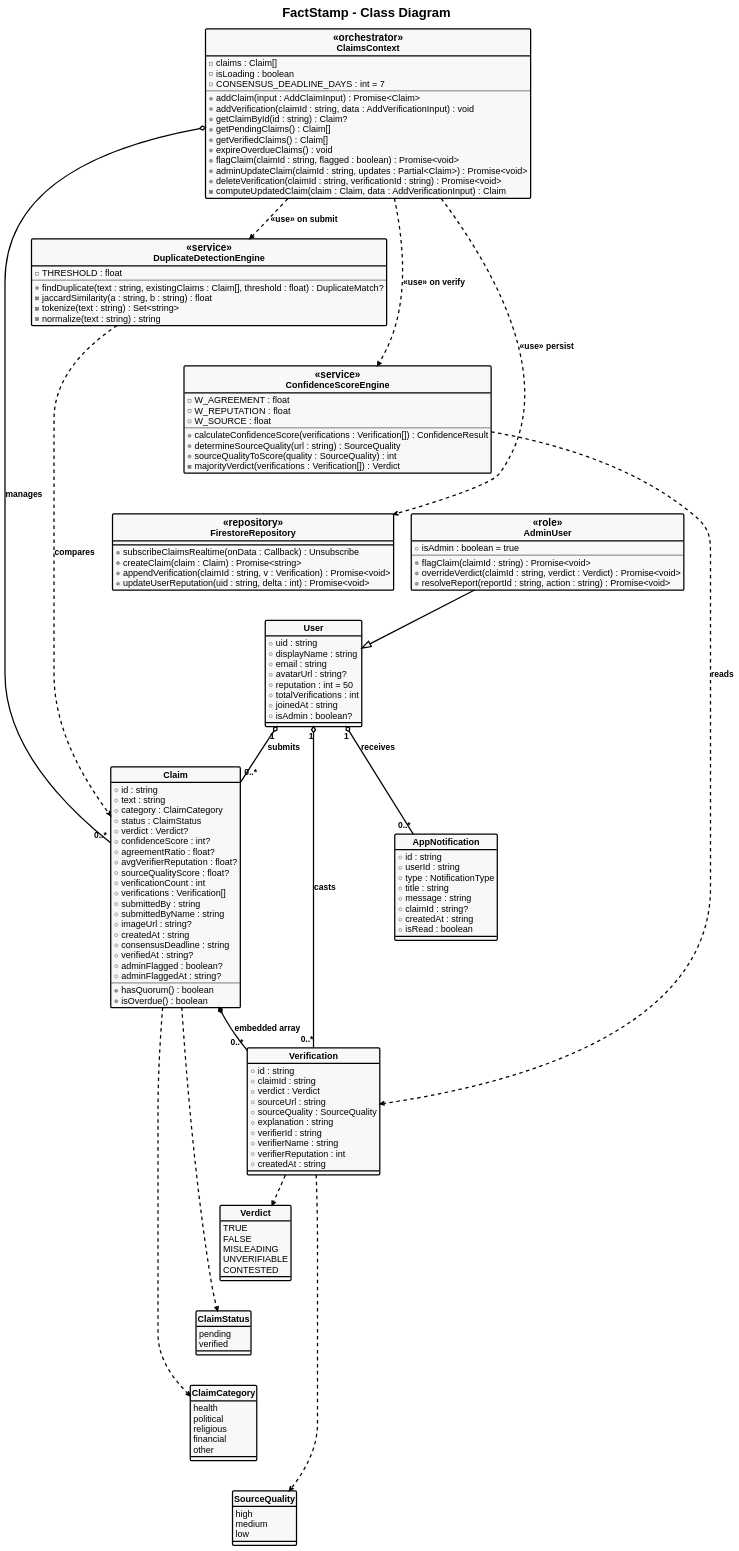
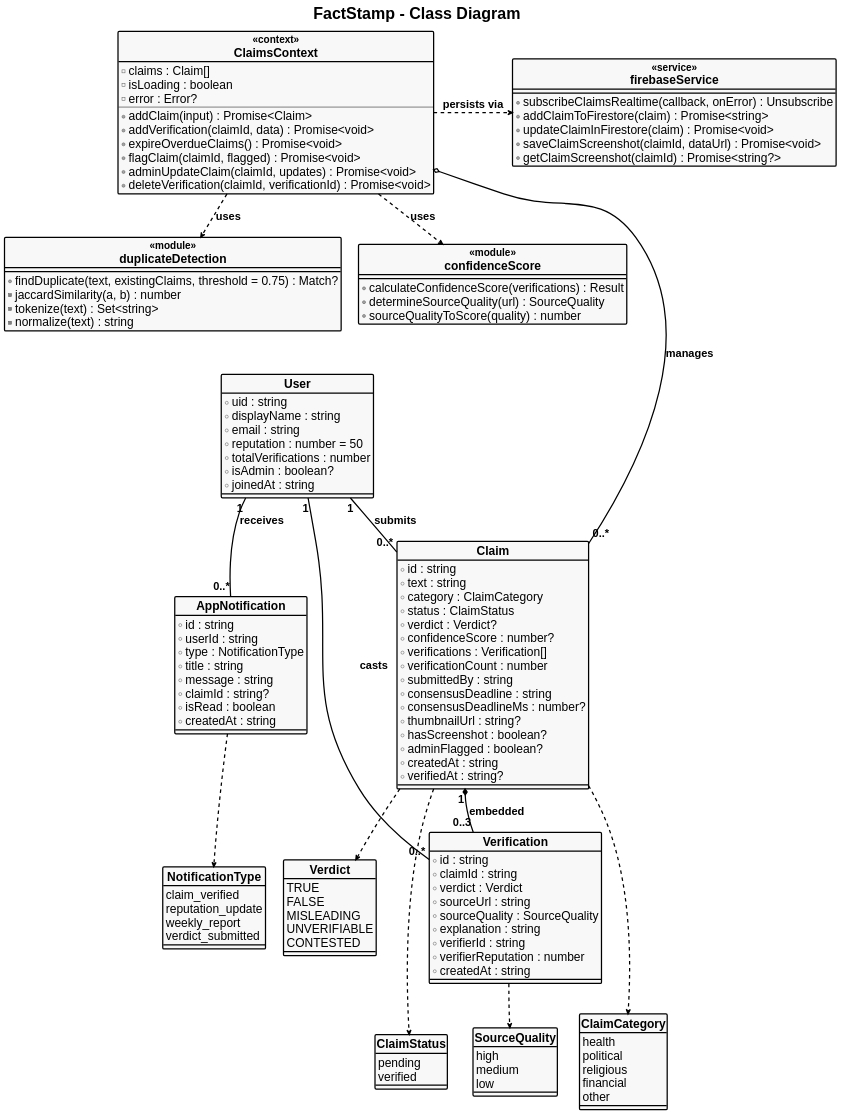
Before and after one commit to aadish0day/typst: the diagram in FactStamp/black_book_draft/03_Requirements_and_Analysis/attachments/class_diagram.puml, drawn with PlantUML. The commit also changed 52 other files, not shown here.

First line of the commit message:
docs(FactStamp): trim black book chapters and rebuild diagrams from code

```diff
--- a/FactStamp/black_book_draft/03_Requirements_and_Analysis/attachments/class_diagram.puml
+++ b/FactStamp/black_book_draft/03_Requirements_and_Analysis/attachments/class_diagram.puml
@@ -1,199 +1,187 @@
 @startuml
 skinparam style strictuml
 skinparam monochrome true
 skinparam defaultFontName "Liberation Sans"
 skinparam defaultFontSize 20
 skinparam defaultFontStyle bold
-skinparam titleFontSize 26
+skinparam titleFontSize 32
 skinparam titleFontStyle bold
 
 skinparam backgroundColor white
 skinparam ArrowColor black
 skinparam ArrowThickness 2.5
-skinparam ArrowFontSize 17
+skinparam ArrowFontSize 22
 skinparam ArrowFontStyle bold
 
 skinparam EntityBorderColor black
 skinparam EntityBorderThickness 2.5
 skinparam EntityBackgroundColor #F8F9FA
 skinparam EntityFontSize 22
 skinparam EntityFontStyle bold
 
 skinparam ClassBorderColor black
 skinparam ClassBorderThickness 2.5
 skinparam ClassBackgroundColor #F8F9FA
-skinparam ClassFontSize 22
+skinparam ClassFontSize 26
 skinparam ClassFontStyle bold
-skinparam ClassAttributeFontSize 18
+skinparam ClassAttributeFontSize 24
 
 title FactStamp - Class Diagram
 
-class ClaimsContext <<orchestrator>> {
+' Members are taken from src/lib/types.ts, src/contexts/ClaimsContext.tsx,
+' src/lib/duplicateDetection.ts, src/lib/confidenceScore.ts and
+' src/services/firebaseService.ts. The TypeScript modules are plain function
+' files, drawn as classes with a <<module>> / <<service>> stereotype.
+
+class ClaimsContext <<context>> {
   - claims : Claim[]
   - isLoading : boolean
-  - CONSENSUS_DEADLINE_DAYS : int = 7
+  - error : Error?
   --
-  + addClaim(input : AddClaimInput) : Promise<Claim>
-  + addVerification(claimId : string, data : AddVerificationInput) : void
-  + getClaimById(id : string) : Claim?
-  + getPendingClaims() : Claim[]
-  + getVerifiedClaims() : Claim[]
-  + expireOverdueClaims() : void
-  + flagClaim(claimId : string, flagged : boolean) : Promise<void>
-  + adminUpdateClaim(claimId : string, updates : Partial<Claim>) : Promise<void>
-  + deleteVerification(claimId : string, verificationId : string) : Promise<void>
-  - computeUpdatedClaim(claim : Claim, data : AddVerificationInput) : Claim
+  + addClaim(input) : Promise<Claim>
+  + addVerification(claimId, data) : Promise<void>
+  + expireOverdueClaims() : Promise<void>
+  + flagClaim(claimId, flagged) : Promise<void>
+  + adminUpdateClaim(claimId, updates) : Promise<void>
+  + deleteVerification(claimId, verificationId) : Promise<void>
 }
 
-class DuplicateDetectionEngine <<service>> {
-  - THRESHOLD : float
-  --
-  + findDuplicate(text : string, existingClaims : Claim[], threshold : float) : DuplicateMatch?
-  - jaccardSimilarity(a : string, b : string) : float
-  - tokenize(text : string) : Set<string>
-  - normalize(text : string) : string
+class firebaseService <<service>> {
+  + subscribeClaimsRealtime(callback, onError) : Unsubscribe
+  + addClaimToFirestore(claim) : Promise<string>
+  + updateClaimInFirestore(claim) : Promise<void>
+  + saveClaimScreenshot(claimId, dataUrl) : Promise<void>
+  + getClaimScreenshot(claimId) : Promise<string?>
 }
 
-class ConfidenceScoreEngine <<service>> {
-  - W_AGREEMENT : float
-  - W_REPUTATION : float
-  - W_SOURCE : float
-  --
-  + calculateConfidenceScore(verifications : Verification[]) : ConfidenceResult
-  + determineSourceQuality(url : string) : SourceQuality
-  + sourceQualityToScore(quality : SourceQuality) : int
-  - majorityVerdict(verifications : Verification[]) : Verdict
+class duplicateDetection <<module>> {
+  + findDuplicate(text, existingClaims, threshold = 0.75) : Match?
+  - jaccardSimilarity(a, b) : number
+  - tokenize(text) : Set<string>
+  - normalize(text) : string
 }
 
-class FirestoreRepository <<repository>> {
-  + subscribeClaimsRealtime(onData : Callback) : Unsubscribe
-  + createClaim(claim : Claim) : Promise<string>
-  + appendVerification(claimId : string, v : Verification) : Promise<void>
-  + updateUserReputation(uid : string, delta : int) : Promise<void>
+class confidenceScore <<module>> {
+  + calculateConfidenceScore(verifications) : Result
+  + determineSourceQuality(url) : SourceQuality
+  + sourceQualityToScore(quality) : number
+}
+
+class User {
+  + uid : string
+  + displayName : string
+  + email : string
+  + reputation : number = 50
+  + totalVerifications : number
+  + isAdmin : boolean?
+  + joinedAt : string
 }
 
 class Claim {
   + id : string
   + text : string
   + category : ClaimCategory
   + status : ClaimStatus
   + verdict : Verdict?
-  + confidenceScore : int?
-  + agreementRatio : float?
-  + avgVerifierReputation : float?
-  + sourceQualityScore : float?
-  + verificationCount : int
+  + confidenceScore : number?
   + verifications : Verification[]
+  + verificationCount : number
   + submittedBy : string
-  + submittedByName : string
-  + imageUrl : string?
+  + consensusDeadline : string
+  + consensusDeadlineMs : number?
+  + thumbnailUrl : string?
+  + hasScreenshot : boolean?
+  + adminFlagged : boolean?
   + createdAt : string
-  + consensusDeadline : string
   + verifiedAt : string?
-  + adminFlagged : boolean?
-  + adminFlaggedAt : string?
-  --
-  + hasQuorum() : boolean
-  + isOverdue() : boolean
 }
 
 class Verification {
   + id : string
   + claimId : string
   + verdict : Verdict
   + sourceUrl : string
   + sourceQuality : SourceQuality
   + explanation : string
   + verifierId : string
-  + verifierName : string
-  + verifierReputation : int
+  + verifierReputation : number
   + createdAt : string
-}
-
-class User {
-  + uid : string
-  + displayName : string
-  + email : string
-  + avatarUrl : string?
-  + reputation : int = 50
-  + totalVerifications : int
-  + joinedAt : string
-  + isAdmin : boolean?
-}
-
-class AdminUser <<role>> {
-  + isAdmin : boolean = true
-  --
-  + flagClaim(claimId : string) : Promise<void>
-  + overrideVerdict(claimId : string, verdict : Verdict) : Promise<void>
-  + resolveReport(reportId : string, action : string) : Promise<void>
 }
 
 class AppNotification {
   + id : string
   + userId : string
   + type : NotificationType
   + title : string
   + message : string
   + claimId : string?
+  + isRead : boolean
   + createdAt : string
-  + isRead : boolean
 }
 
 enum Verdict {
   TRUE
   FALSE
   MISLEADING
   UNVERIFIABLE
   CONTESTED
 }
 
 enum ClaimStatus {
   pending
   verified
 }
 
 enum ClaimCategory {
   health
   political
   religious
   financial
   other
 }
 
 enum SourceQuality {
   high
   medium
   low
 }
 
-ClaimsContext ..> DuplicateDetectionEngine : <<use>> on submit
-ClaimsContext ..> ConfidenceScoreEngine : <<use>> on verify
-ClaimsContext ..> FirestoreRepository : <<use>> persist
+enum NotificationType {
+  claim_verified
+  reputation_update
+  weekly_report
+  verdict_submitted
+}
+
+' ---------- Relationships ----------
+ClaimsContext ..> duplicateDetection : uses
+ClaimsContext ..> confidenceScore : uses
+ClaimsContext ..> firebaseService : persists via
 ClaimsContext o-- "0..*" Claim : manages
 
-DuplicateDetectionEngine ..> Claim : compares
-ConfidenceScoreEngine ..> Verification : reads
-
-User "1" o-- "0..*" Claim : submits
-User "1" o-- "0..*" Verification : casts
-User "1" o-- "0..*" AppNotification : receives
-AdminUser --|> User
-
-Claim *-- "0..*" Verification : embedded array
+User "1" -- "0..*" Claim : submits
+User "1" -- "0..*" Verification : casts
+User "1" -- "0..*" AppNotification : receives
+Claim "1" *-- "0..3" Verification : embedded
 
 Claim ..> ClaimStatus
 Claim ..> ClaimCategory
-Verification ..> Verdict
+Claim ..> Verdict
 Verification ..> SourceQuality
+AppNotification ..> NotificationType
 
-' ── Layout constraints: force a tall, single-column growth (A4 portrait) ──
-DuplicateDetectionEngine -[hidden]down-> ConfidenceScoreEngine
-ConfidenceScoreEngine -[hidden]down-> FirestoreRepository
-FirestoreRepository -[hidden]down-> User
-AdminUser -[hidden]down-> AppNotification
-Verdict -[hidden]down-> ClaimStatus
-ClaimStatus -[hidden]down-> ClaimCategory
-ClaimCategory -[hidden]down-> SourceQuality
-
+' ---------- Layout rows ----------
+ClaimsContext -[hidden]right- firebaseService
+ClaimsContext -[hidden]down- duplicateDetection
+firebaseService -[hidden]down- confidenceScore
+duplicateDetection -[hidden]right- confidenceScore
+duplicateDetection -[hidden]down- User
+confidenceScore -[hidden]down- Claim
+User -[hidden]down- AppNotification
+Claim -[hidden]down- Verification
+AppNotification -[hidden]down- Verdict
+AppNotification -[hidden]down- NotificationType
+Verification -[hidden]down- SourceQuality
+Verification -[hidden]down- ClaimStatus
+Verification -[hidden]down- ClaimCategory
 @enduml
```
